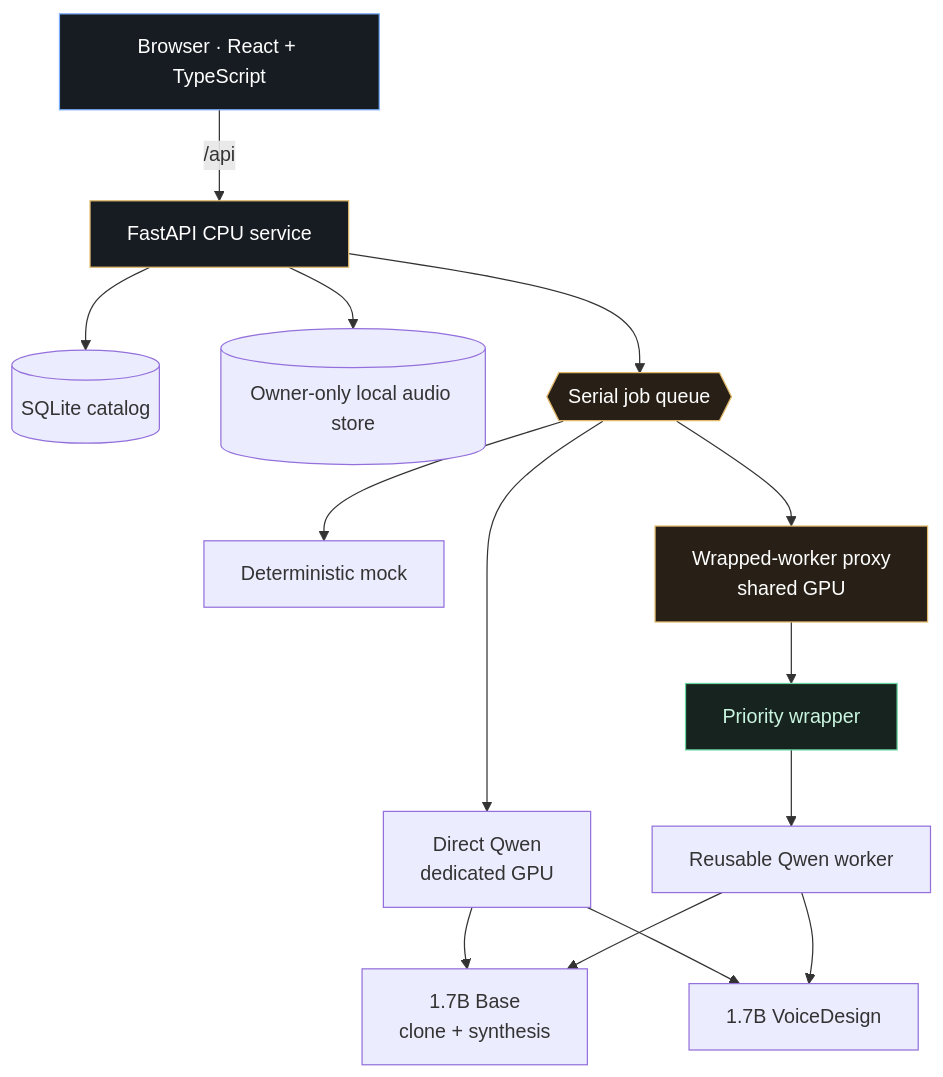
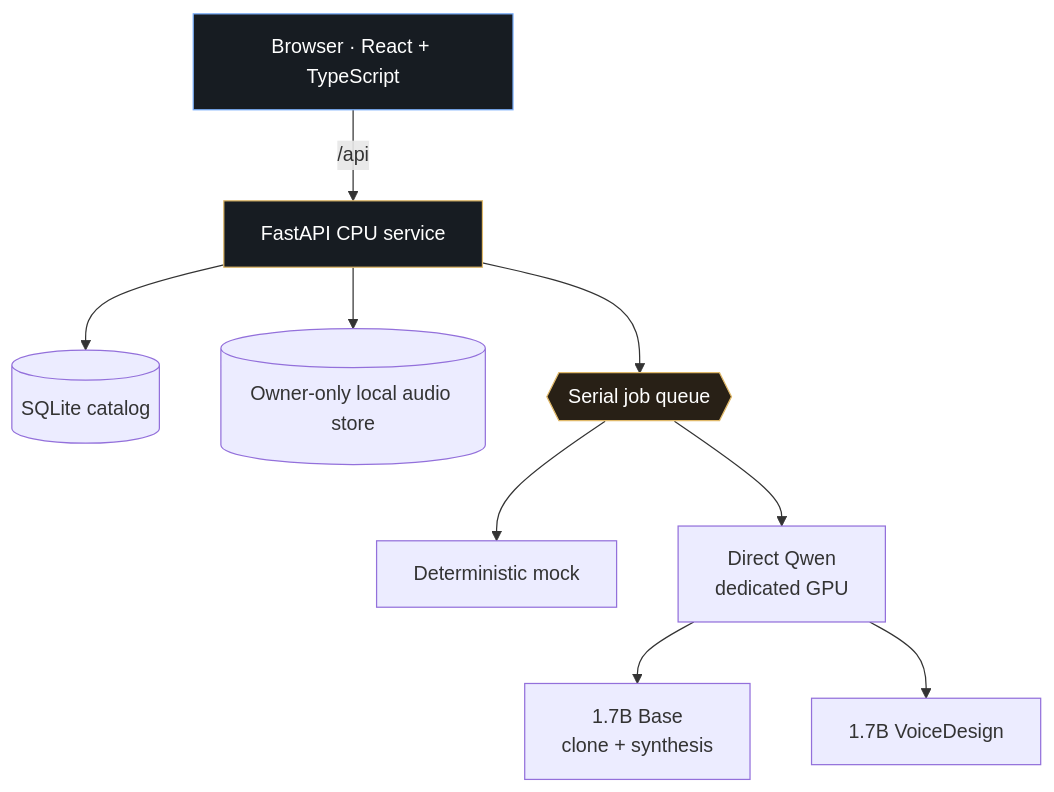
The third of 3 diagrams in README.md (Mar-IA-no/qwen-voice-lab), drawn with Mermaid before and after one commit. The commit also changed other lines of this file and 17 other files, not shown here.

Commit message:
Make shared GPU arbitration an optional adapter

````diff
--- a/README.md
+++ b/README.md
@@ -238,22 +250,15 @@
 ```mermaid
 flowchart TB
     B[Browser · React + TypeScript] -->|/api| A[FastAPI CPU service]
     A --> DB[(SQLite catalog)]
     A --> FS[(Owner-only local audio store)]
     A --> Q{{Serial job queue}}
     Q --> MOCK[Deterministic mock]
     Q --> DIRECT[Direct Qwen<br/>dedicated GPU]
-    Q --> PROXY[Wrapped-worker proxy<br/>shared GPU]
-    PROXY --> WRAP[Priority wrapper]
-    WRAP --> WORKER[Reusable Qwen worker]
     DIRECT --> BASE[1.7B Base<br/>clone + synthesis]
     DIRECT --> DESIGN[1.7B VoiceDesign]
-    WORKER --> BASE
-    WORKER --> DESIGN
 
     style B fill:#171c22,color:#fff,stroke:#79aefc
     style A fill:#171c22,color:#fff,stroke:#e0b96a
     style Q fill:#282016,color:#fff,stroke:#e0b96a
-    style PROXY fill:#282016,color:#fff,stroke:#e0b96a
-    style WRAP fill:#17231f,color:#c9f4df,stroke:#68d5a1
 ```
````
